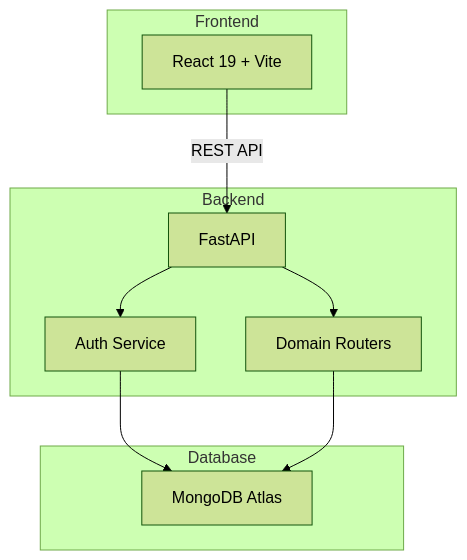
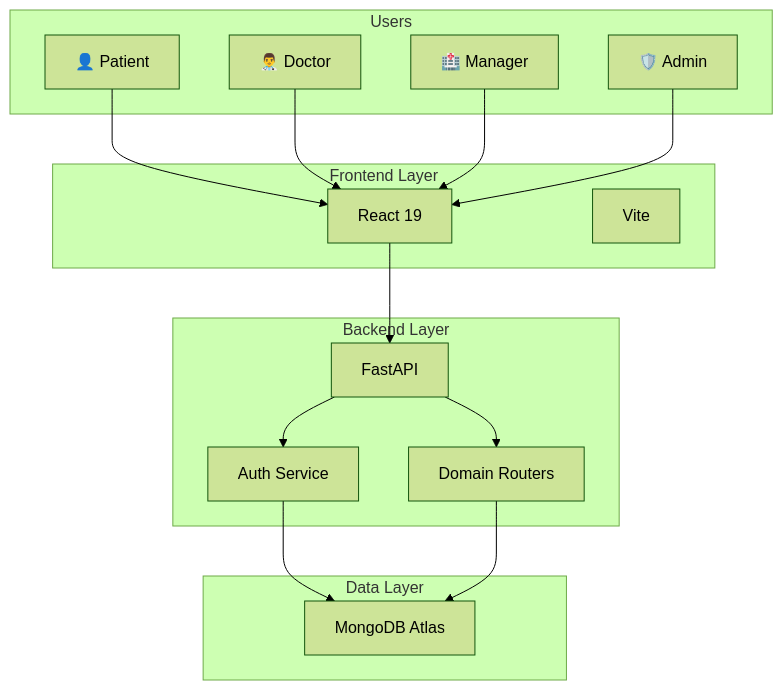
Before and after one commit to sunilt808/Noq-Multi-Tenant_Hospital_Management_System: the third of 3 diagrams in README.md, drawn with Mermaid (forest theme). The commit also changed other lines of this file, not shown here.

````diff
--- a/README.md
+++ b/README.md
@@ -146,23 +434,37 @@
 ```mermaid
 flowchart TB
 
-    subgraph Frontend["Frontend"]
-        React["React 19 + Vite"]
+    subgraph Users["Users"]
+        P["👤 Patient"]
+        D["👨‍⚕️ Doctor"]
+        M["🏥 Manager"]
+        A["🛡️ Admin"]
     end
 
-    subgraph Backend["Backend"]
-        FastAPI["FastAPI"]
-        Auth["Auth Service"]
-        Router["Domain Routers"]
+    subgraph Frontend["Frontend Layer"]
+        R["React 19"]
+        V["Vite"]
     end
 
-    subgraph Database["Database"]
-        Mongo["MongoDB Atlas"]
+    subgraph Backend["Backend Layer"]
+        F["FastAPI"]
+        AUTH["Auth Service"]
+        ROUTER["Domain Routers"]
     end
 
-    React -->|REST API| FastAPI
-    FastAPI --> Auth
-    FastAPI --> Router
-    Auth --> Mongo
-    Router --> Mongo
+    subgraph Database["Data Layer"]
+        DB["MongoDB Atlas"]
+    end
+
+    P --> R
+    D --> R
+    M --> R
+    A --> R
+
+    R --> F
+    F --> AUTH
+    F --> ROUTER
+
+    AUTH --> DB
+    ROUTER --> DB
 ```
````
